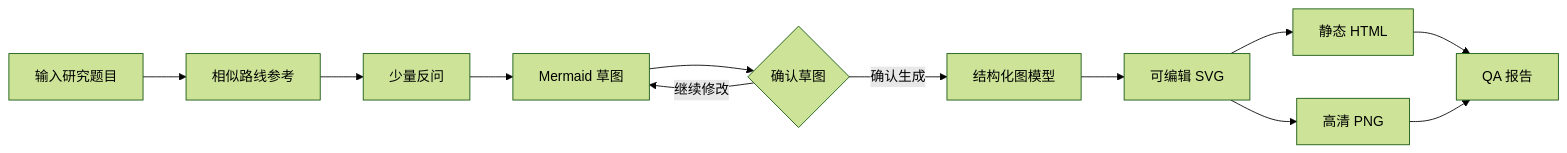
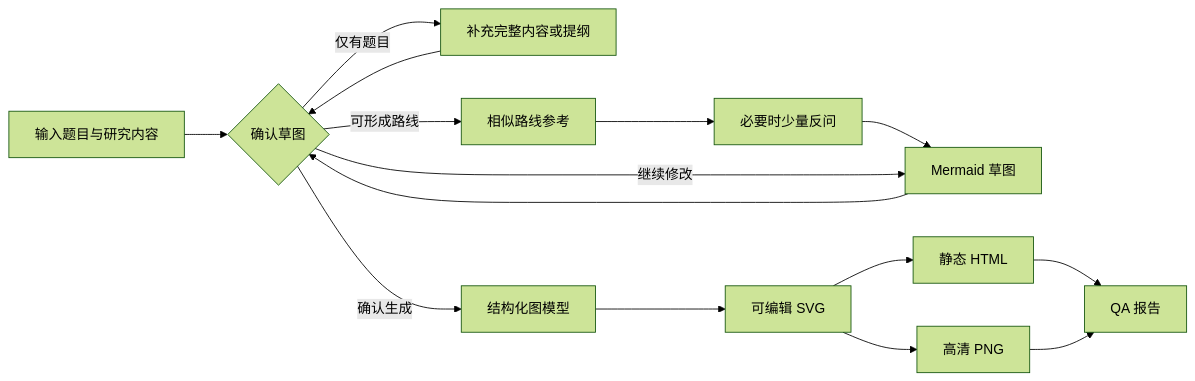
Before and after one commit to yz20211314/research-route-map: the diagram in README.md, drawn with Mermaid (forest theme). The commit also changed other lines of this file and 22 other files, not shown here.

````diff
--- a/README.md
+++ b/README.md
@@ -30,14 +33,17 @@
 ```mermaid
 flowchart LR
-  T["输入研究题目"] --> R["相似路线参考"]
-  R --> Q["少量反问"]
+  T["输入题目与研究内容"] --> C{"内容是否完整"}
+  C -->|仅有题目| B["补充完整内容或提纲"]
+  B --> C
+  C -->|可形成路线| R["相似路线参考"]
+  R --> Q["必要时少量反问"]
   Q --> D["Mermaid 草图"]
   D --> C{"确认草图"}
   C -->|继续修改| D
   C -->|确认生成| G["结构化图模型"]
   G --> S["可编辑 SVG"]
   S --> H["静态 HTML"]
   S --> P["高清 PNG"]
   H --> A["QA 报告"]
   P --> A
 ```
````
